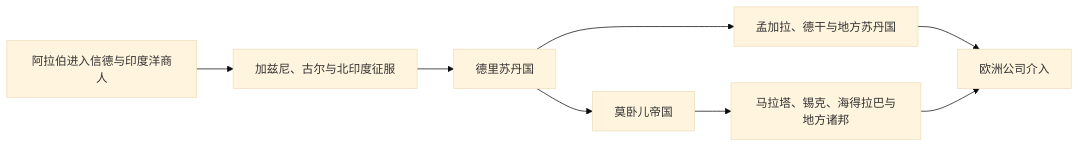
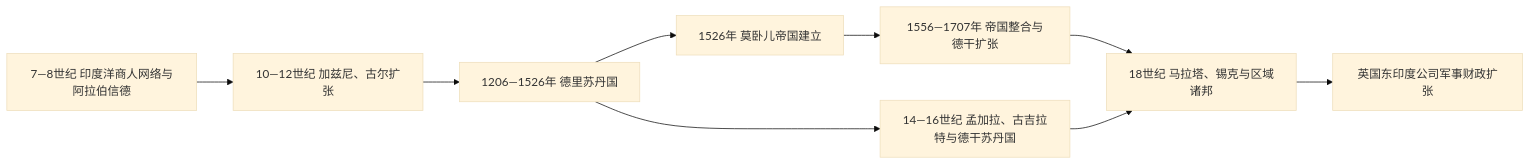
The diagram in 人文科学/历史/南亚/_通史/伊斯兰王朝、莫卧儿与区域国家.md (tianlan-dev/learning-notes), drawn with Mermaid (base theme) before and after one commit. The commit also changed other lines of this file and 1417 other files, not shown here.

````diff
--- a/人文科学/历史/南亚/_通史/伊斯兰王朝、莫卧儿与区域国家.md
+++ b/人文科学/历史/南亚/_通史/伊斯兰王朝、莫卧儿与区域国家.md
@@ -15,10 +15,11 @@
 ```mermaid
 flowchart LR
-    A["阿拉伯进入信德与印度洋商人"] --> B["加兹尼、古尔与北印度征服"]
-    B --> C["德里苏丹国"]
-    C --> D["孟加拉、德干与地方苏丹国"]
-    C --> E["莫卧儿帝国"]
-    E --> F["马拉塔、锡克、海得拉巴与地方诸邦"]
-    D --> G["欧洲公司介入"]
-    F --> G
+    A["7—8世纪 印度洋商人网络与阿拉伯信德"] --> B["10—12世纪 加兹尼、古尔扩张"]
+    B --> C["1206—1526年 德里苏丹国"]
+    C --> D["14—16世纪 孟加拉、古吉拉特与德干苏丹国"]
+    C --> E["1526年 莫卧儿帝国建立"]
+    E --> F["1556—1707年 帝国整合与德干扩张"]
+    F --> G["18世纪 马拉塔、锡克与区域诸邦"]
+    D --> G
+    G --> H["英国东印度公司军事财政扩张"]
 ```
````
